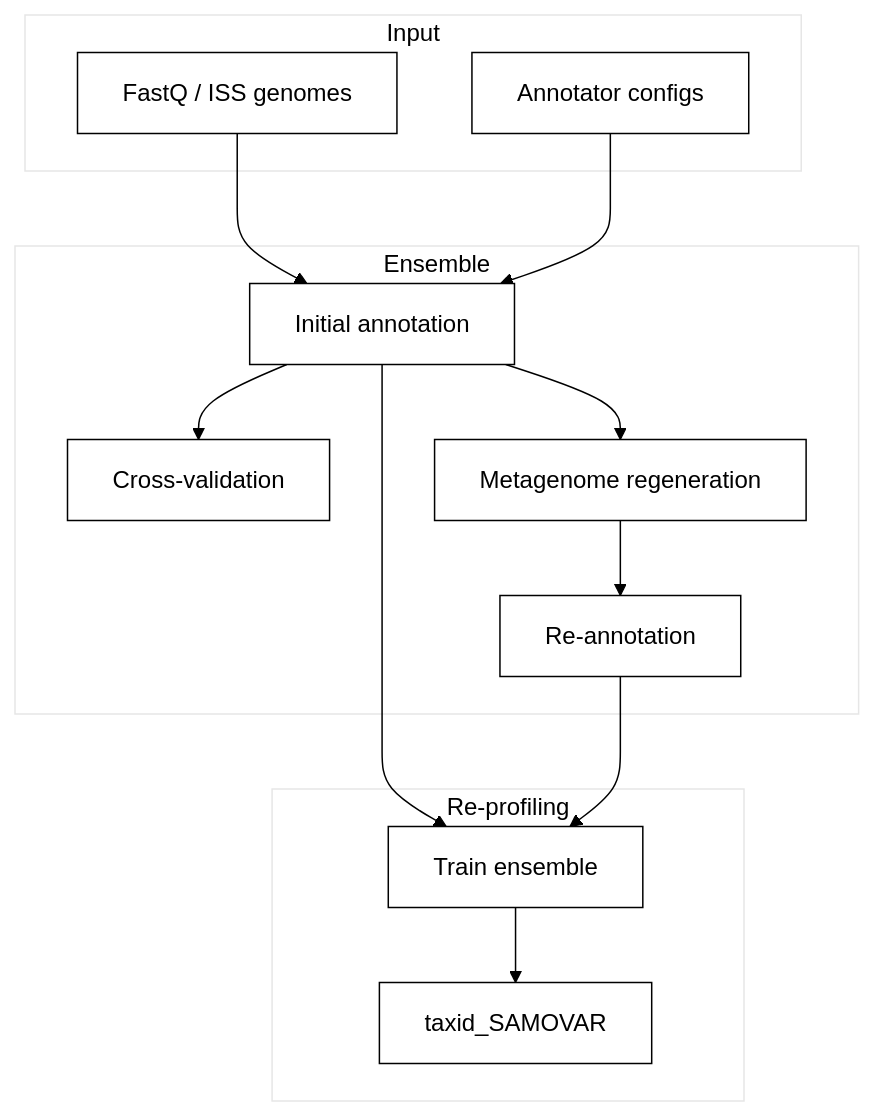
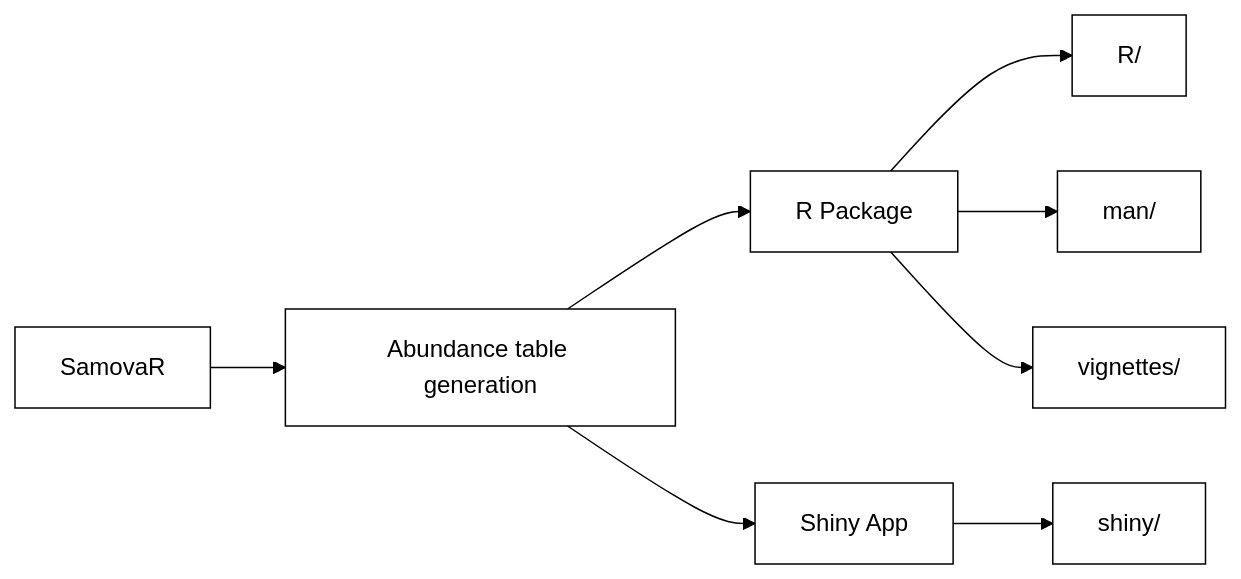
Before and after one commit to ctlab/samovar: the first of 2 diagrams in README.md, drawn with Mermaid. The commit also changed other lines of this file and 25 other files, not shown here.

````diff
--- a/README.md
+++ b/README.md
@@ -30,22 +46,13 @@
 ```mermaid
 %%{init: {'theme': 'base', 'themeVariables': { 'fontSize': '16px', 'fontFamily': 'arial', 'primaryColor': '#fff', 'primaryTextColor': '#000', 'primaryBorderColor': '#000', 'lineColor': '#000', 'secondaryColor': '#fff', 'tertiaryColor': '#fff'}}}%%
-graph TD
-    subgraph Input
-        A1[FastQ / ISS genomes]
-        A3[Annotator configs]
-    end
+graph LR
+    A[SamovaR] --> G1[Abundance table generation]
+    G1 --> B[R Package]
+    G1 --> G[Shiny App]
 
-    subgraph Ensemble
-        A1 --> C[Initial annotation]
-        A3 --> C
-        C --> CV[Cross-validation]
-        C --> E[Metagenome regeneration]
-        E --> F[Re-annotation]
-    end
+    B --> B1[R/]
+    B --> B2[man/]
+    B --> B3[vignettes/]
 
-    subgraph Re-profiling
-        C --> ML[Train ensemble]
-        F --> ML
-        ML --> R[taxid_SAMOVAR]
-    end
+    G --> H[shiny/]
 ```
````
